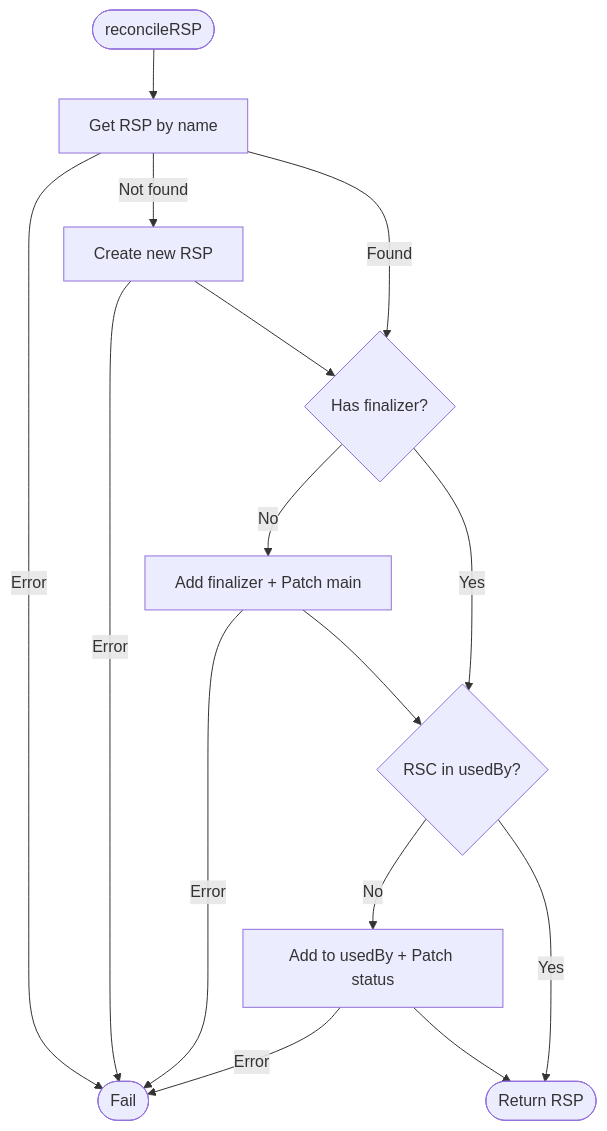
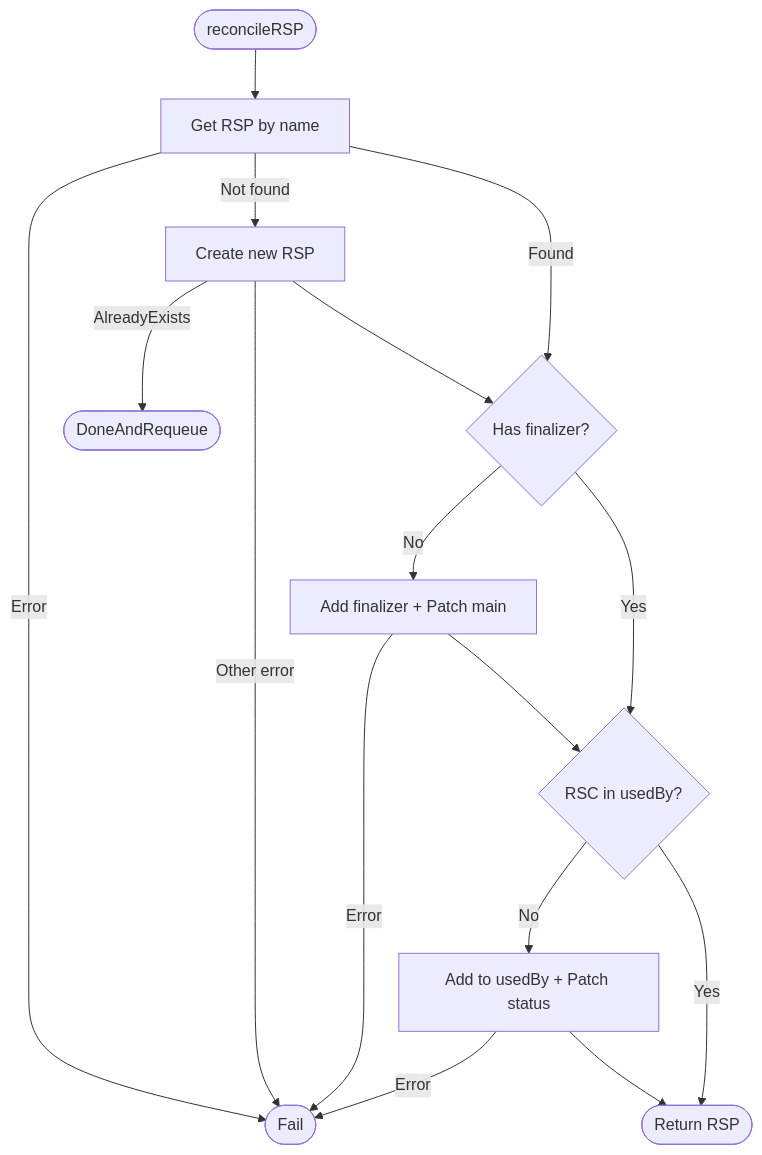
One commit to deckhouse/sds-replicated-volume changed the sixth of 7 diagrams in images/controller/internal/controllers/rsc_controller/README.md. Above: the diagram before and after it, drawn with Mermaid. The commit also changed other lines of this file and 9 other files, not shown here.

````diff
--- a/images/controller/internal/controllers/rsc_controller/README.md
+++ b/images/controller/internal/controllers/rsc_controller/README.md
@@ -359,19 +369,20 @@
 ```mermaid
 flowchart TD
     Start([reconcileRSP]) --> GetRSP[Get RSP by name]
     GetRSP -->|Error| Fail([Fail])
     GetRSP -->|Not found| CreateRSP[Create new RSP]
-    CreateRSP -->|Error| Fail
+    CreateRSP -->|AlreadyExists| Requeue([DoneAndRequeue])
+    CreateRSP -->|Other error| Fail
     CreateRSP --> CheckFinalizer
     GetRSP -->|Found| CheckFinalizer{Has finalizer?}
 
     CheckFinalizer -->|No| AddFinalizer[Add finalizer + Patch main]
     AddFinalizer -->|Error| Fail
     AddFinalizer --> CheckUsedBy
     CheckFinalizer -->|Yes| CheckUsedBy{RSC in usedBy?}
 
     CheckUsedBy -->|No| AddUsedBy[Add to usedBy + Patch status]
     AddUsedBy -->|Error| Fail
     AddUsedBy --> End([Return RSP])
     CheckUsedBy -->|Yes| End
 ```
````
